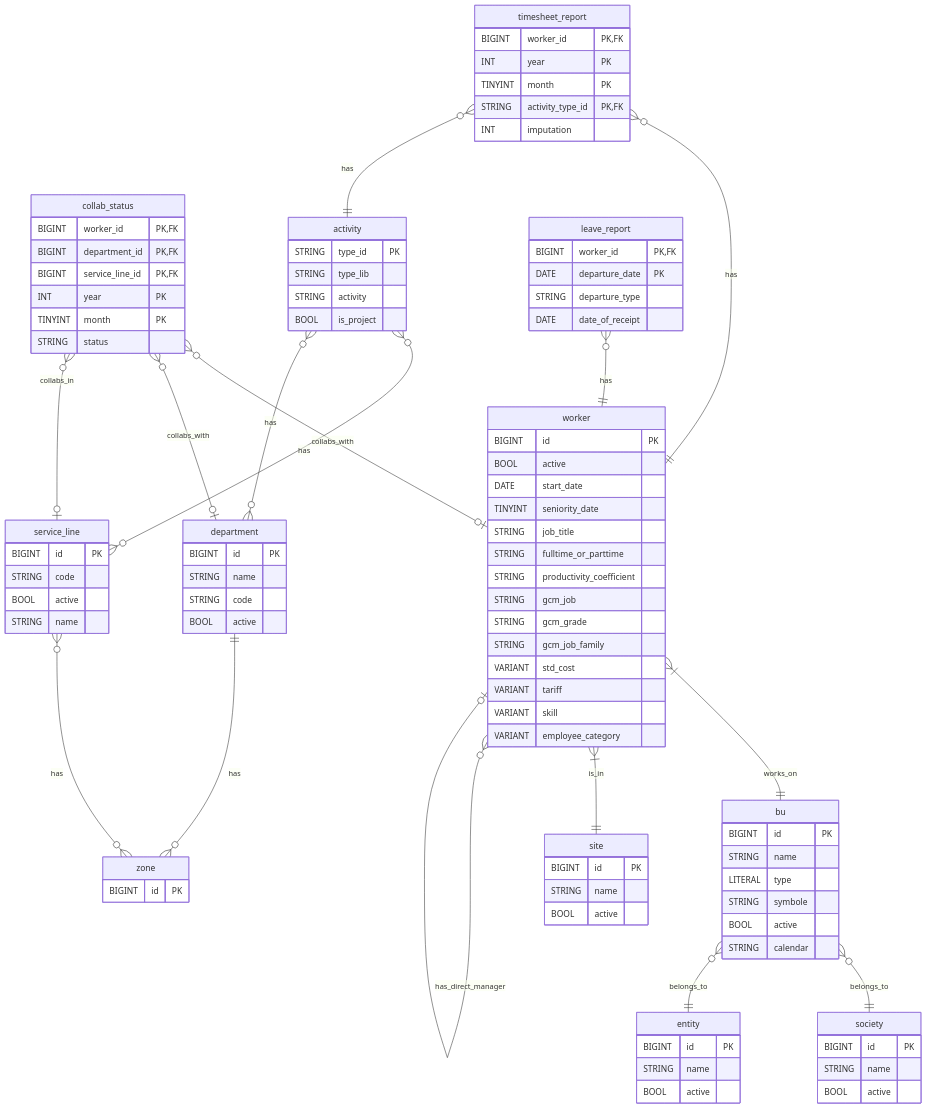
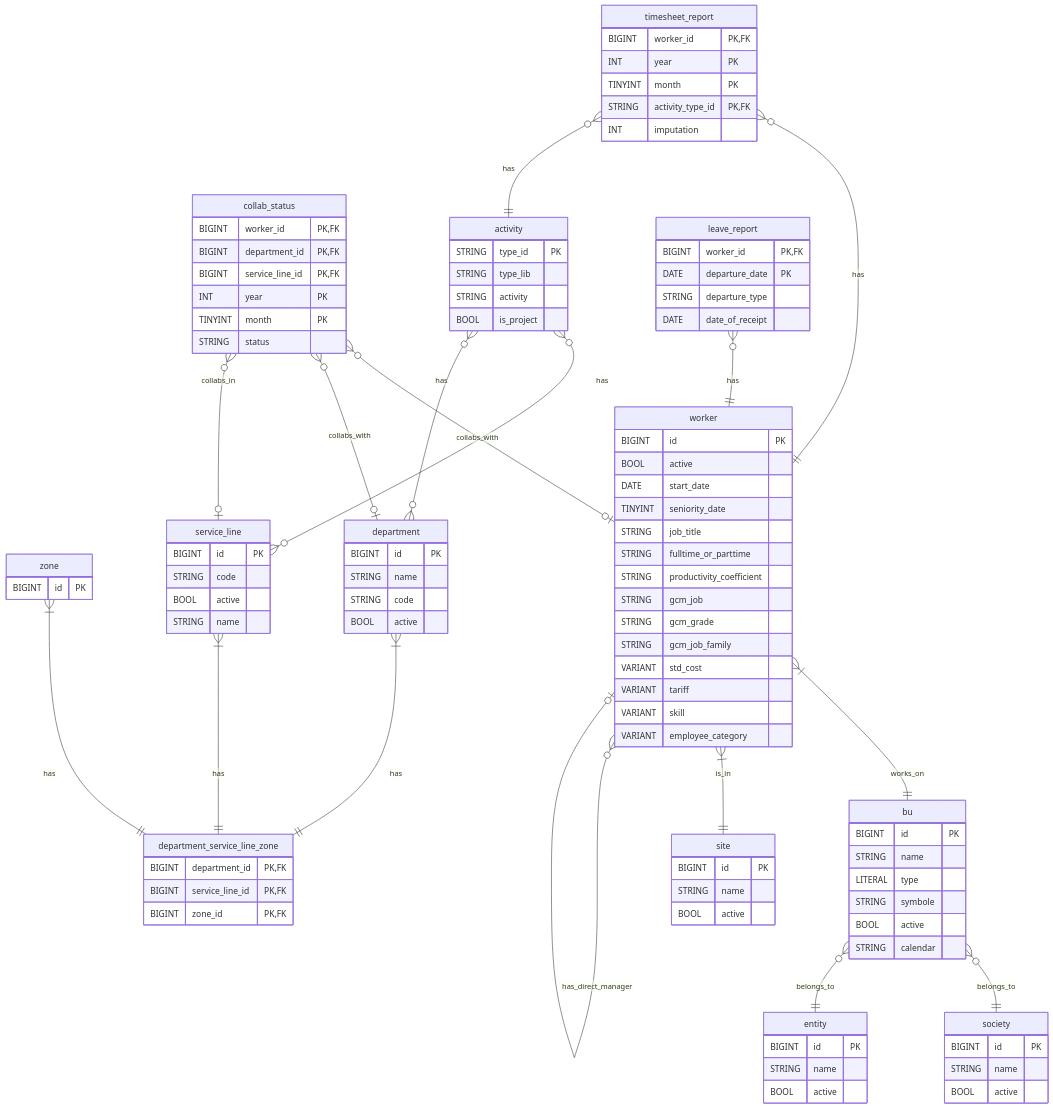
The diagram in docs/data/database/EERDiagram.mmd (ikonstantinidisSQLISpain/ProjectOxygen), drawn with Mermaid before and after one commit. The commit also changed 3 other files, not shown here.

```diff
--- a/docs/data/database/EERDiagram.mmd
+++ b/docs/data/database/EERDiagram.mmd
@@ -1,117 +1,124 @@
 erDiagram
     bu {
         BIGINT id PK
         STRING name
         LITERAL type
         STRING symbole
         BOOL active
         STRING calendar
     }
 
     society {
         BIGINT id PK
         STRING name
         BOOL active
     }
 
     entity {
         BIGINT id PK
         STRING name
         BOOL active
     }
 
     bu }o -- || society : belongs_to
     bu }o -- || entity : belongs_to
     
     site {
         BIGINT id PK
         STRING name
         BOOL active
     }
 
     zone {
         BIGINT id PK
     }
 
     department {
         BIGINT id PK
         STRING name
         STRING code
         BOOL active
     }
 
     worker {
         BIGINT id PK
         BOOL active
         DATE start_date
         TINYINT seniority_date
         STRING job_title
         STRING fulltime_or_parttime
         STRING productivity_coefficient
         STRING gcm_job
         STRING gcm_grade
         STRING gcm_job_family
         VARIANT std_cost
         VARIANT tariff
         VARIANT skill
         VARIANT employee_category
     }
 
-    department || -- o{ zone : has
     worker }| -- || bu : works_on
     worker }| -- || site : is_in
     worker }o -- o| worker : has_tl_or_rh
     worker }o -- o| worker : has_direct_manager
 
     service_line {
         BIGINT id PK
         STRING code
         BOOL active
         STRING name
     }
 
-    service_line }o -- o{ zone : has
+    department_service_line_zone {
+        BIGINT department_id PK, FK
+        BIGINT service_line_id PK, FK
+        BIGINT zone_id PK, FK
+    }
+
+    department }| -- || department_service_line_zone : has
+    service_line }| -- || department_service_line_zone : has
+    zone }| -- || department_service_line_zone : has
 
     collab_status {
         BIGINT worker_id PK, FK
         BIGINT department_id PK, FK
         BIGINT service_line_id PK, FK
         INT year PK
         TINYINT month PK
         STRING status
     }
 
     collab_status }o -- o| worker : collabs_with
     collab_status }o -- o| department : collabs_with
     collab_status }o -- o| service_line : collabs_in
 
     activity {
         STRING type_id PK
         STRING type_lib
         STRING activity
         BOOL is_project
     }
 
     activity }o -- o{ service_line : has
     activity }o -- o{ department : has
 
     timesheet_report {
         BIGINT worker_id PK, FK
         INT year PK
         TINYINT month PK
         STRING activity_type_id PK, FK
         INT imputation
     }
 
     timesheet_report }o -- || worker : has
     timesheet_report }o -- || activity : has
 
 
     leave_report {
         BIGINT worker_id PK, FK
         DATE departure_date PK
         STRING departure_type
         DATE date_of_receipt
     }
 
     leave_report }o -- || worker : has
```
